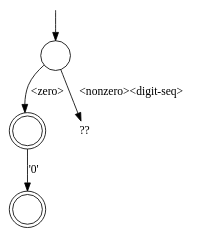
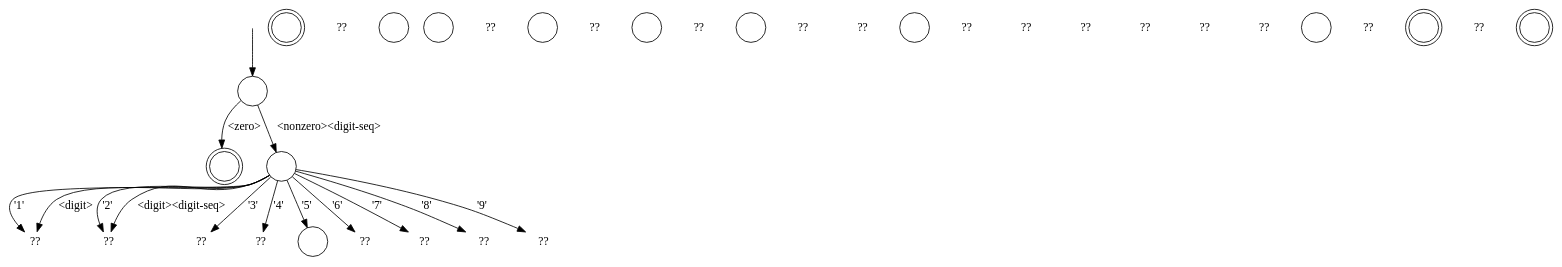
Before and after one commit to yavuzkoroglu/gfuzzer-c: the diagram in decisions.dot, drawn with Graphviz. The commit also changed 5 other files, not shown here.

```diff
--- a/decisions.dot
+++ b/decisions.dot
@@ -1,14 +1,56 @@
 digraph GrammarGraph {
     edge [fontname="PT Mono"];
     node [fontname="PT Mono",label="",shape="circle"];
     root [shape="none",width=0,height=0,label=""];
 
     n0;
     n1 [peripheries=2];
-    n2 [label="??",shape="none",height=0];
+    n2;
     n3 [peripheries=2];
+    n4 [label="??",shape="none",height=0];
+    n5 [label="??",shape="none",height=0];
+    n6 [label="??",shape="none",height=0];
+    n7 [label="??",shape="none",height=0];
+    n8;
+    n9 [label="??",shape="none",height=0];
+    n10 [label="??",shape="none",height=0];
+    n11 [label="??",shape="none",height=0];
+    n12 [label="??",shape="none",height=0];
+    n13 [label="??",shape="none",height=0];
+    n14;
+    n15;
+    n16 [label="??",shape="none",height=0];
+    n17;
+    n18 [label="??",shape="none",height=0];
+    n19;
+    n20 [label="??",shape="none",height=0];
+    n21;
+    n22 [label="??",shape="none",height=0];
+    n23 [label="??",shape="none",height=0];
+    n24;
+    n25 [label="??",shape="none",height=0];
+    n26 [label="??",shape="none",height=0];
+    n27 [label="??",shape="none",height=0];
+    n28 [label="??",shape="none",height=0];
+    n29 [label="??",shape="none",height=0];
+    n30 [label="??",shape="none",height=0];
+    n31;
+    n32 [label="??",shape="none",height=0];
+    n33 [peripheries=2];
+    n34 [label="??",shape="none",height=0];
+    n35 [peripheries=2];
     root->n0;
     n0->n1 [label="<zero>"];
     n0->n2 [label="<nonzero><digit-seq>"];
-    n1->n3 [label="'0'"];
+    n2->n4 [label="'1'"];
+    n2->n5 [label="'2'"];
+    n2->n6 [label="'3'"];
+    n2->n7 [label="'4'"];
+    n2->n8 [label="'5'"];
+    n2->n9 [label="'6'"];
+    n2->n10 [label="'7'"];
+    n2->n11 [label="'8'"];
+    n2->n12 [label="'9'"];
+    n2->n4 [label="<digit>"];
+    n2->n5 [label="<digit><digit-seq>"];
 }
```
